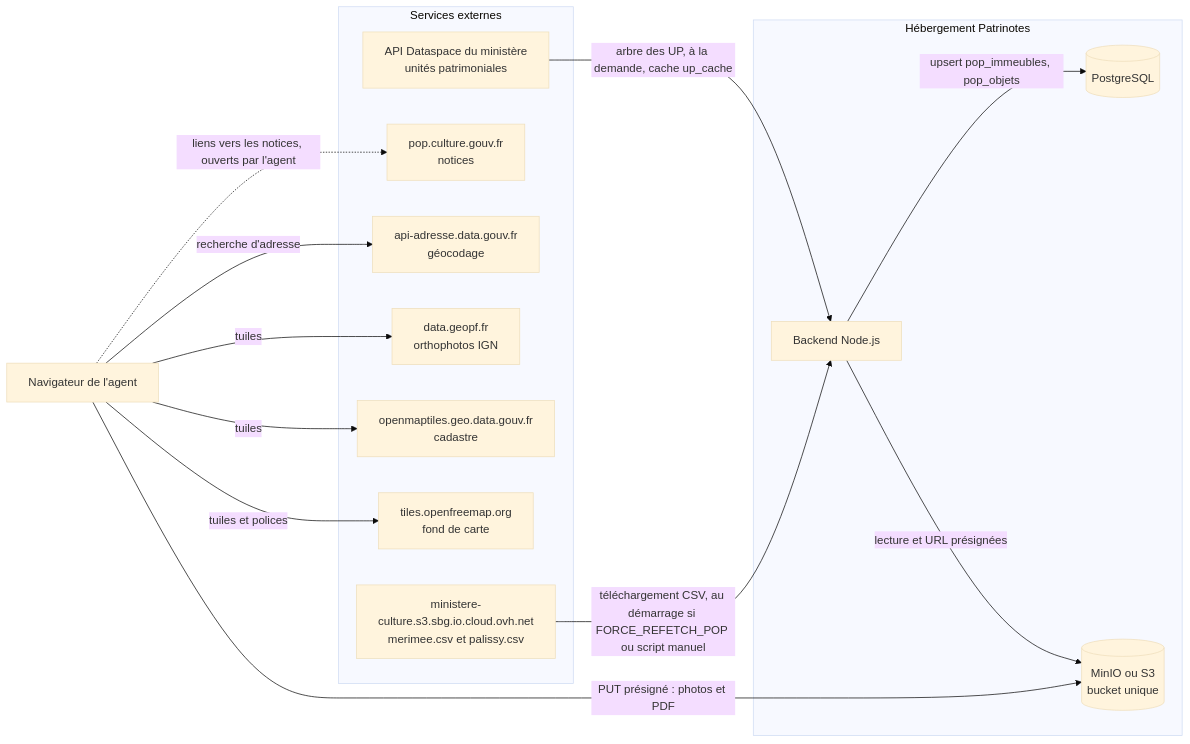
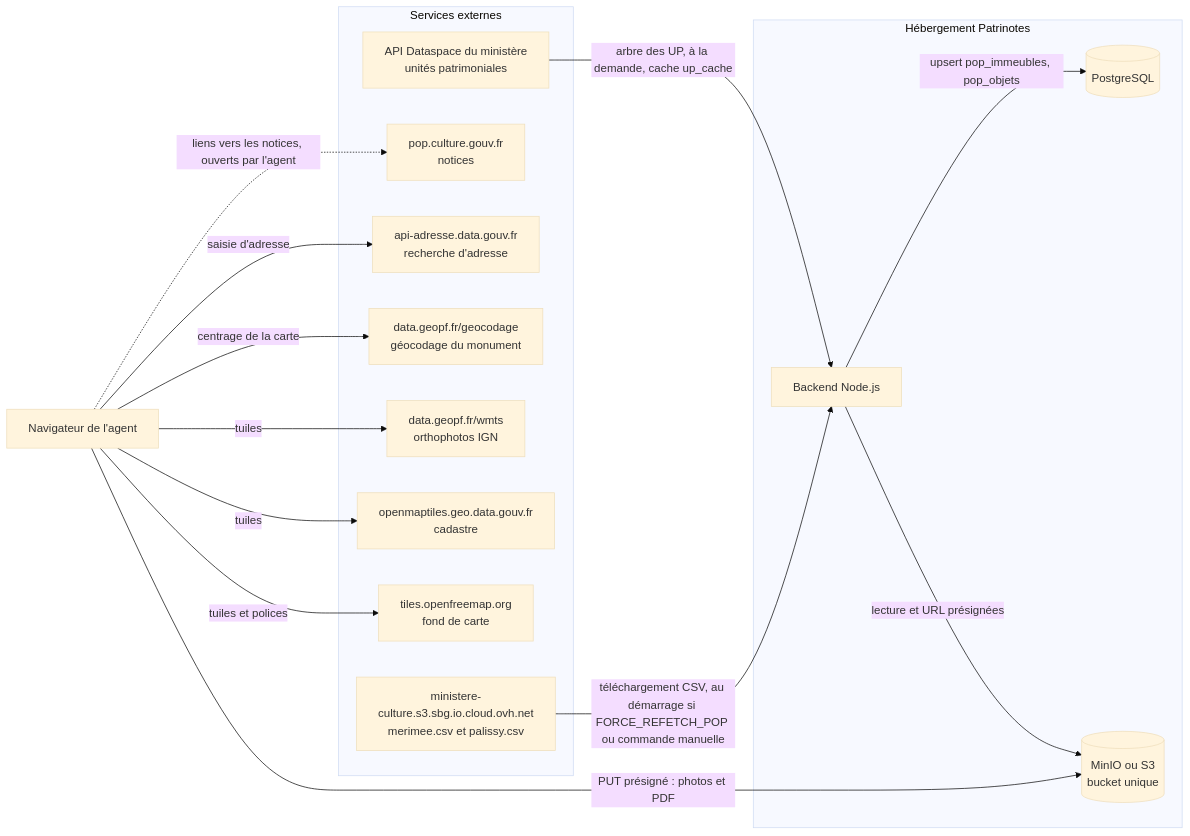
The first of 4 diagrams in docs/07-donnees-externes-et-stockage.md (betagouv/patrinotes), drawn with Mermaid (base theme) before and after one commit. The commit also changed other lines of this file and 19 other files, not shown here.

````diff
--- a/docs/07-donnees-externes-et-stockage.md
+++ b/docs/07-donnees-externes-et-stockage.md
@@ -13,31 +13,33 @@
 ```mermaid
 flowchart LR
     subgraph Ext["Services externes"]
         DG["ministere-culture.s3.sbg.io.cloud.ovh.net<br/>merimee.csv et palissy.csv"]
         POP["pop.culture.gouv.fr<br/>notices"]
-        BAN["api-adresse.data.gouv.fr<br/>géocodage"]
-        IGN["data.geopf.fr<br/>orthophotos IGN"]
+        BAN["api-adresse.data.gouv.fr<br/>recherche d'adresse"]
+        GEO["data.geopf.fr/geocodage<br/>géocodage du monument"]
+        IGN["data.geopf.fr/wmts<br/>orthophotos IGN"]
         CAD["openmaptiles.geo.data.gouv.fr<br/>cadastre"]
         OFM["tiles.openfreemap.org<br/>fond de carte"]
         DS["API Dataspace du ministère<br/>unités patrimoniales"]
     end
 
     subgraph Srv["Hébergement Patrinotes"]
         BE["Backend Node.js"]
         PG[("PostgreSQL")]
         S3[("MinIO ou S3<br/>bucket unique")]
     end
 
     NAV["Navigateur de l'agent"]
 
-    DG -->|"téléchargement CSV, au démarrage si FORCE_REFETCH_POP ou script manuel"| BE
+    DG -->|"téléchargement CSV, au démarrage si FORCE_REFETCH_POP ou commande manuelle"| BE
     BE -->|"upsert pop_immeubles, pop_objets"| PG
     DS -->|"arbre des UP, à la demande, cache up_cache"| BE
-    NAV -->|"recherche d'adresse"| BAN
+    NAV -->|"saisie d'adresse"| BAN
+    NAV -->|"centrage de la carte"| GEO
     NAV -->|"tuiles"| IGN
     NAV -->|"tuiles"| CAD
     NAV -->|"tuiles et polices"| OFM
     NAV -->|"PUT présigné : photos et PDF"| S3
     BE -->|"lecture et URL présignées"| S3
     NAV -.->|"liens vers les notices, ouverts par l'agent"| POP
 ```
````
